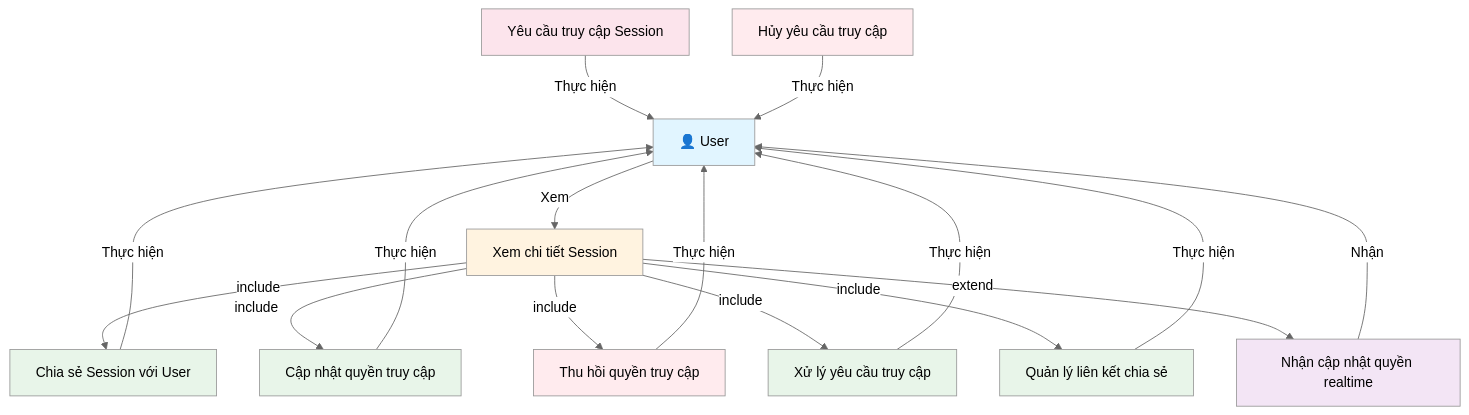
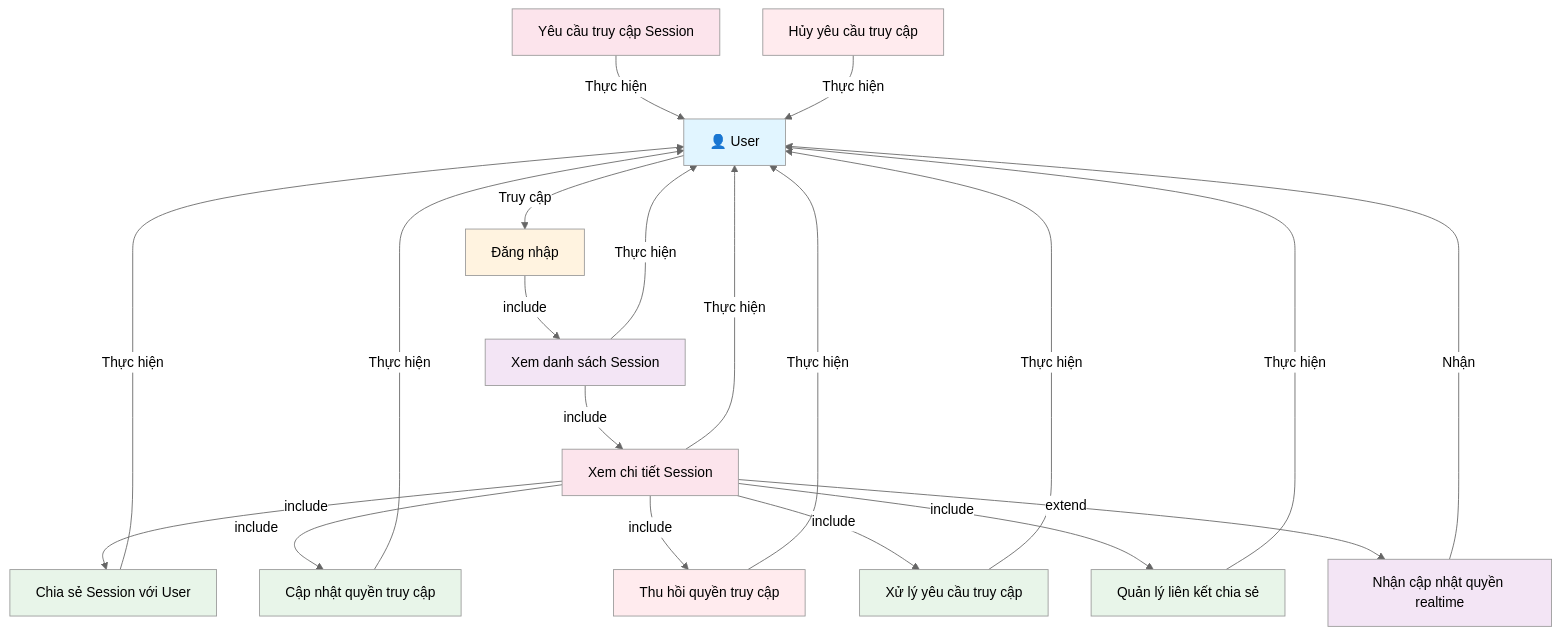
The diagram in session_access/1_session_access_usecase.md (mduc-2610/gp_doc), drawn with Mermaid (neutral theme) before and after one commit. The commit also changed other lines of this file and 9 other files, not shown here.

````diff
--- a/session_access/1_session_access_usecase.md
+++ b/session_access/1_session_access_usecase.md
@@ -3,52 +3,61 @@
 ```mermaid
 graph TB
     User["👤 User"]
     
+    Login["Đăng nhập"]
+    ListSessions["Xem danh sách Session"]
     ViewSessionDetail["Xem chi tiết Session"]
     
     ShareSession["Chia sẻ Session với User"]
     UpdatePermission["Cập nhật quyền truy cập"]
     RevokePermission["Thu hồi quyền truy cập"]
     HandleRequest["Xử lý yêu cầu truy cập"]
     ManageLink["Quản lý liên kết chia sẻ"]
     
     RequestAccess["Yêu cầu truy cập Session"]
     CancelRequest["Hủy yêu cầu truy cập"]
     
     ReceiveUpdate["Nhận cập nhật quyền realtime"]
     
-    User -->|Xem| ViewSessionDetail
+    User -->|Truy cập| Login
+    Login -->|include| ListSessions
+    ListSessions -->|Thực hiện| User
+    
+    ListSessions -->|include| ViewSessionDetail
+    ViewSessionDetail -->|Thực hiện| User
     
     ViewSessionDetail -->|include| ShareSession
     ShareSession -->|Thực hiện| User
     
     ViewSessionDetail -->|include| UpdatePermission
     UpdatePermission -->|Thực hiện| User
     
     ViewSessionDetail -->|include| RevokePermission
     RevokePermission -->|Thực hiện| User
     
     ViewSessionDetail -->|include| HandleRequest
     HandleRequest -->|Thực hiện| User
     
     ViewSessionDetail -->|include| ManageLink
     ManageLink -->|Thực hiện| User
     
     RequestAccess -->|Thực hiện| User
     
     CancelRequest -->|Thực hiện| User
     
     ViewSessionDetail -->|extend| ReceiveUpdate
     ReceiveUpdate -->|Nhận| User
     
     style User fill:#e1f5ff
-    style ViewSessionDetail fill:#fff3e0
+    style Login fill:#fff3e0
+    style ListSessions fill:#f3e5f5
+    style ViewSessionDetail fill:#fce4ec
     style ShareSession fill:#e8f5e9
     style UpdatePermission fill:#e8f5e9
     style RevokePermission fill:#ffebee
     style HandleRequest fill:#e8f5e9
     style ManageLink fill:#e8f5e9
     style RequestAccess fill:#fce4ec
     style CancelRequest fill:#ffebee
     style ReceiveUpdate fill:#f3e5f5
 ```
````
